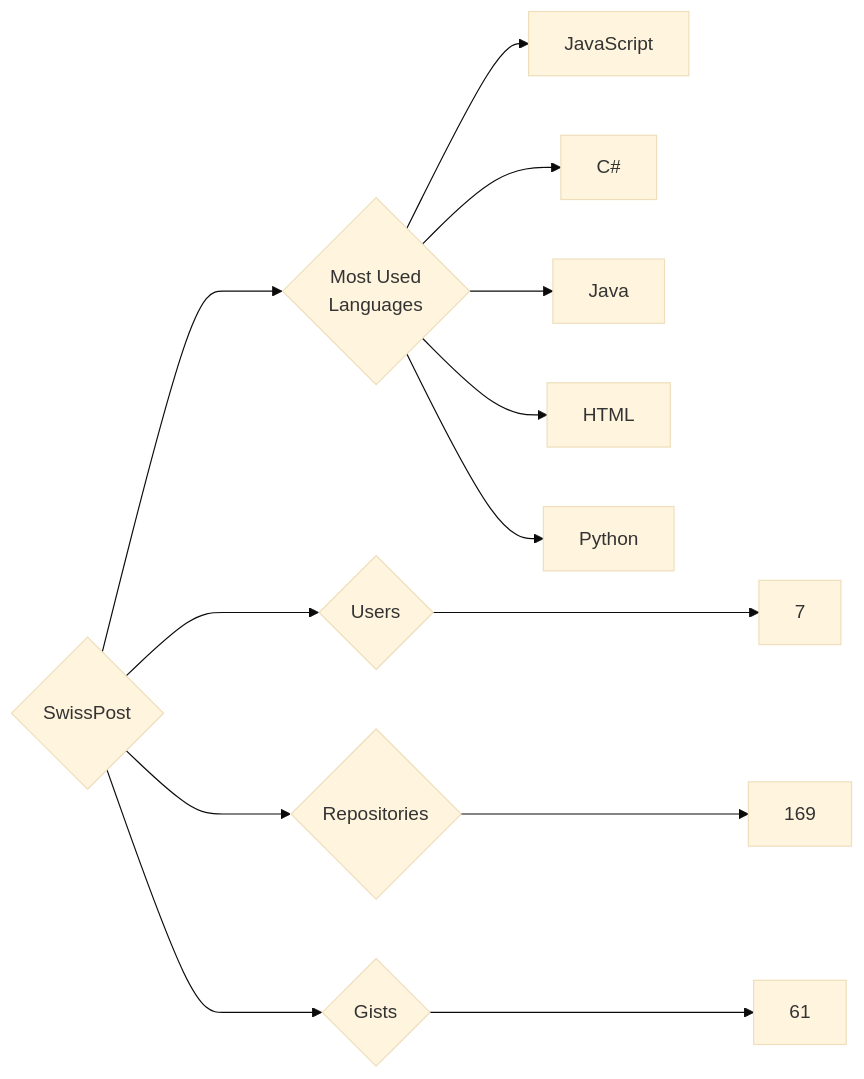
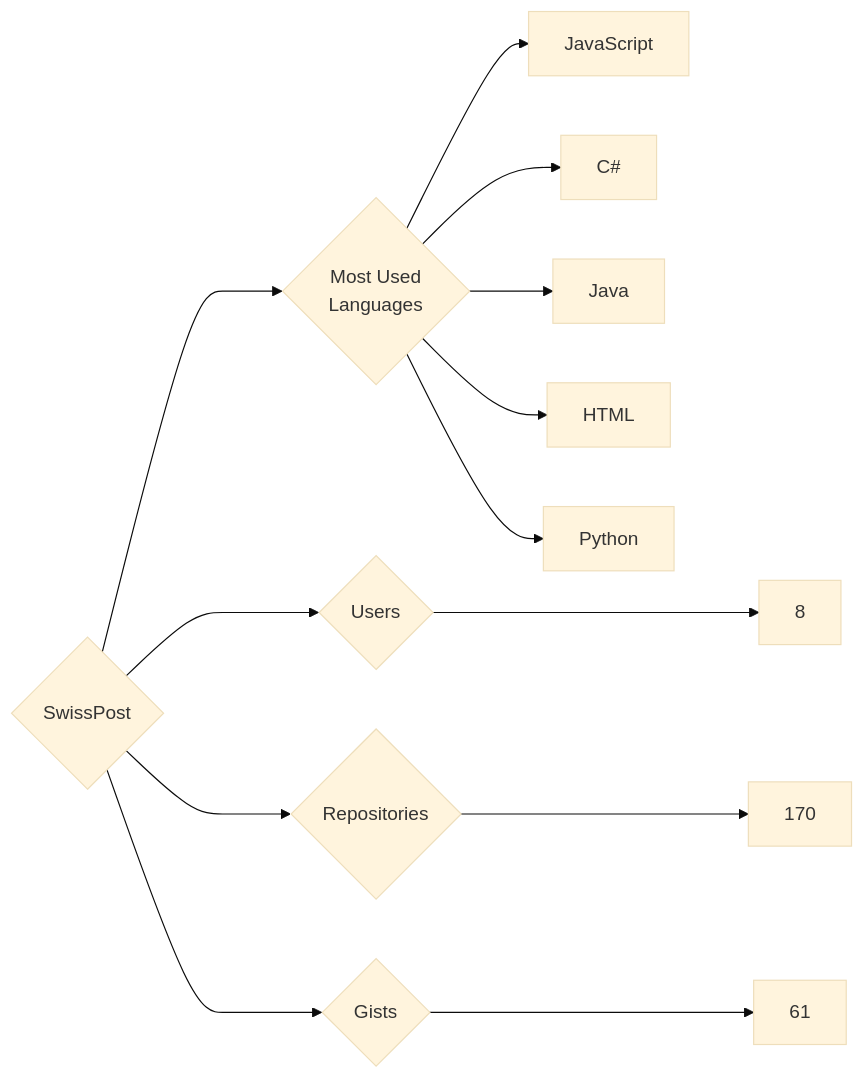
The diagram in targets/SwissPost/README.md (trickest/insiders), drawn with Mermaid (base theme) before and after one commit. The commit also changed 964 other files, not shown here.

````diff
--- a/targets/SwissPost/README.md
+++ b/targets/SwissPost/README.md
@@ -3,13 +3,13 @@
 ```mermaid
 graph LR
 COMPANY_NAME{SwissPost}
-COMPANY_NAME ---> U{Users} ---> UN[7]
-COMPANY_NAME ---> R{Repositories} ---> RN[169]
+COMPANY_NAME ---> U{Users} ---> UN[8]
+COMPANY_NAME ---> R{Repositories} ---> RN[170]
 COMPANY_NAME ---> G{Gists} ---> GN[61]
 COMPANY_NAME ---> ML{Most Used<br>Languages}
 ML --> JavaScript[JavaScript]
 ML --> C#[C#]
 ML --> Java[Java]
 ML --> HTML[HTML]
 ML --> Python[Python]
 ```
````
